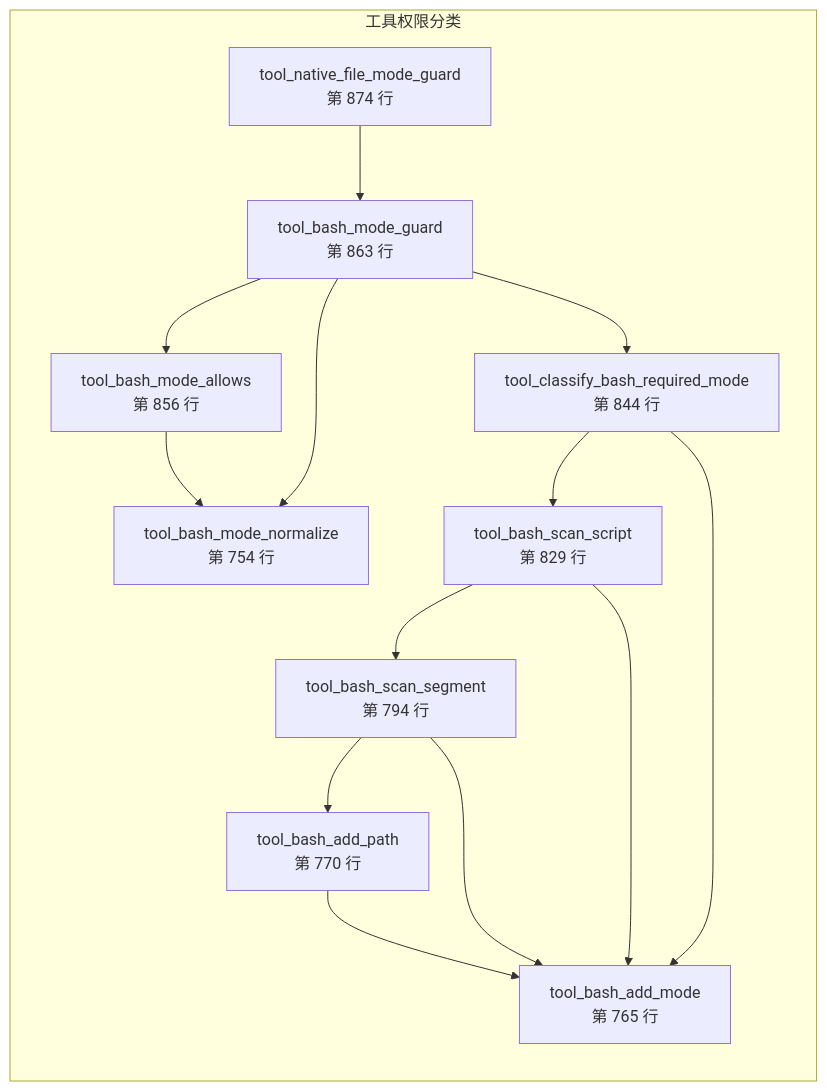
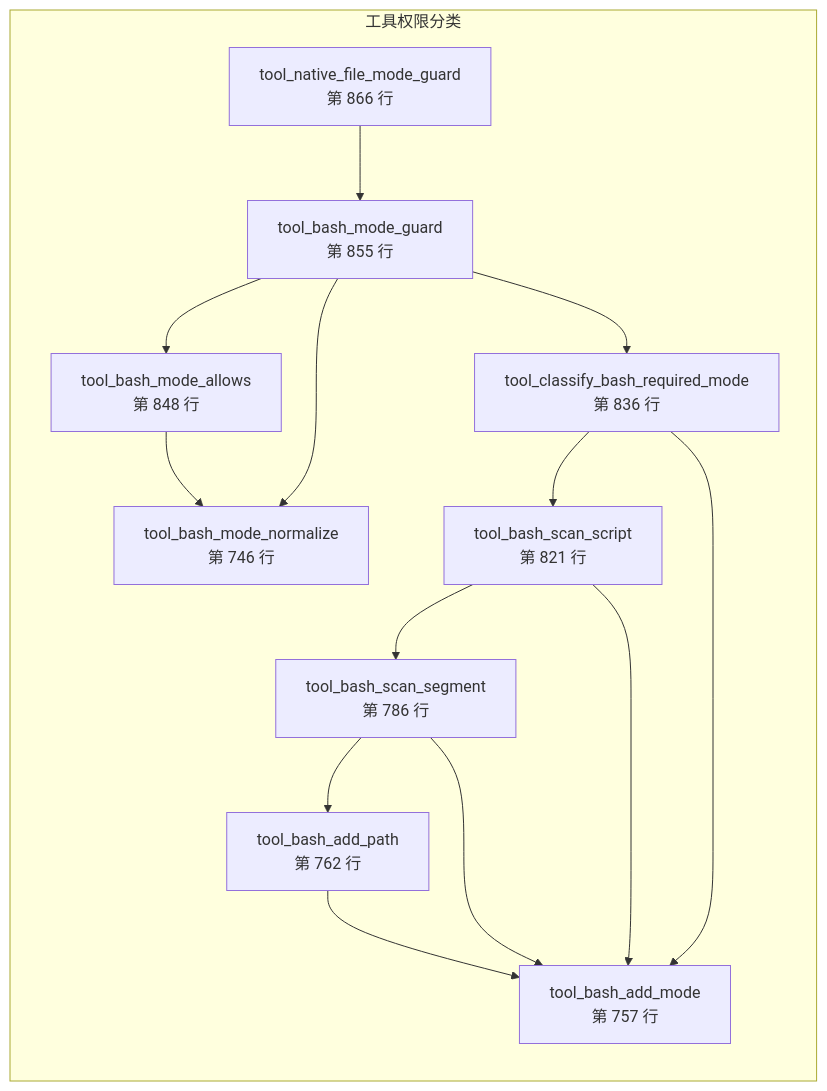
One commit to lloydzhou/bash-agent changed the tenth of 15 diagrams in docs/bash-data-flow.md. Above: the diagram before and after it, drawn with Mermaid. The commit also changed other lines of this file and 2 other files, not shown here.

````diff
--- a/docs/bash-data-flow.md
+++ b/docs/bash-data-flow.md
@@ -411,26 +407,26 @@
 ```mermaid
 flowchart LR
   subgraph mod_8["工具权限分类"]
-    f_tool_bash_mode_normalize["tool_bash_mode_normalize<br/>第 754 行"]
-    f_tool_bash_add_mode["tool_bash_add_mode<br/>第 765 行"]
-    f_tool_bash_add_path["tool_bash_add_path<br/>第 770 行"]
-    f_tool_bash_scan_segment["tool_bash_scan_segment<br/>第 794 行"]
-    f_tool_bash_scan_script["tool_bash_scan_script<br/>第 829 行"]
-    f_tool_classify_bash_required_mode["tool_classify_bash_required_mode<br/>第 844 行"]
-    f_tool_bash_mode_allows["tool_bash_mode_allows<br/>第 856 行"]
-    f_tool_bash_mode_guard["tool_bash_mode_guard<br/>第 863 行"]
-    f_tool_native_file_mode_guard["tool_native_file_mode_guard<br/>第 874 行"]
+    f_tool_bash_mode_normalize["tool_bash_mode_normalize<br/>第 746 行"]
+    f_tool_bash_add_mode["tool_bash_add_mode<br/>第 757 行"]
+    f_tool_bash_add_path["tool_bash_add_path<br/>第 762 行"]
+    f_tool_bash_scan_segment["tool_bash_scan_segment<br/>第 786 行"]
+    f_tool_bash_scan_script["tool_bash_scan_script<br/>第 821 行"]
+    f_tool_classify_bash_required_mode["tool_classify_bash_required_mode<br/>第 836 行"]
+    f_tool_bash_mode_allows["tool_bash_mode_allows<br/>第 848 行"]
+    f_tool_bash_mode_guard["tool_bash_mode_guard<br/>第 855 行"]
+    f_tool_native_file_mode_guard["tool_native_file_mode_guard<br/>第 866 行"]
   end
   f_tool_bash_add_path --> f_tool_bash_add_mode
   f_tool_bash_scan_segment --> f_tool_bash_add_mode
   f_tool_bash_scan_segment --> f_tool_bash_add_path
   f_tool_bash_scan_script --> f_tool_bash_add_mode
   f_tool_bash_scan_script --> f_tool_bash_scan_segment
   f_tool_classify_bash_required_mode --> f_tool_bash_scan_script
   f_tool_classify_bash_required_mode --> f_tool_bash_add_mode
   f_tool_bash_mode_allows --> f_tool_bash_mode_normalize
   f_tool_bash_mode_guard --> f_tool_bash_mode_normalize
   f_tool_bash_mode_guard --> f_tool_classify_bash_required_mode
   f_tool_bash_mode_guard --> f_tool_bash_mode_allows
   f_tool_native_file_mode_guard --> f_tool_bash_mode_guard
 ```
````
